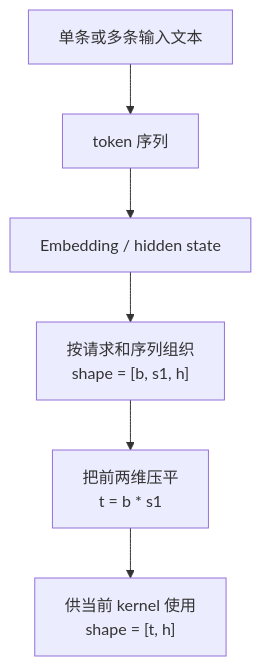
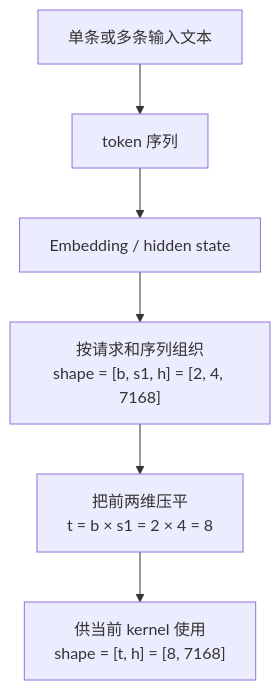
One commit to yinyucheng0601/compute-graph-viewer changed the second of 2 diagrams in 业务理解/developer_doc_zh.md. Above: the diagram before and after it, drawn with Mermaid. The commit also changed other lines of this file, not shown here.

````diff
--- a/业务理解/developer_doc_zh.md
+++ b/业务理解/developer_doc_zh.md
@@ -69,11 +107,11 @@
 ```mermaid
 flowchart TD
     A["单条或多条输入文本"]
     B["token 序列"]
     C["Embedding / hidden state"]
-    D["按请求和序列组织<br/>shape = [b, s1, h]"]
-    E["把前两维压平<br/>t = b * s1"]
-    F["供当前 kernel 使用<br/>shape = [t, h]"]
+    D["按请求和序列组织<br/>shape = [b, s1, h] = [2, 4, 7168]"]
+    E["把前两维压平<br/>t = b × s1 = 2 × 4 = 8"]
+    F["供当前 kernel 使用<br/>shape = [t, h] = [8, 7168]"]
 
     A --> B --> C --> D --> E --> F
 ```
````
